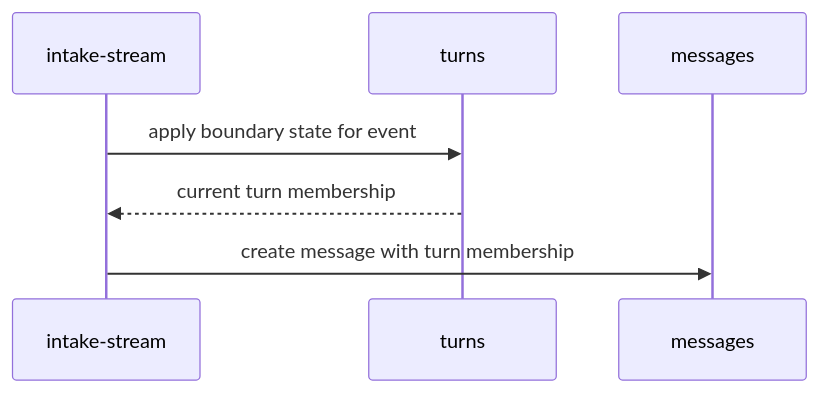
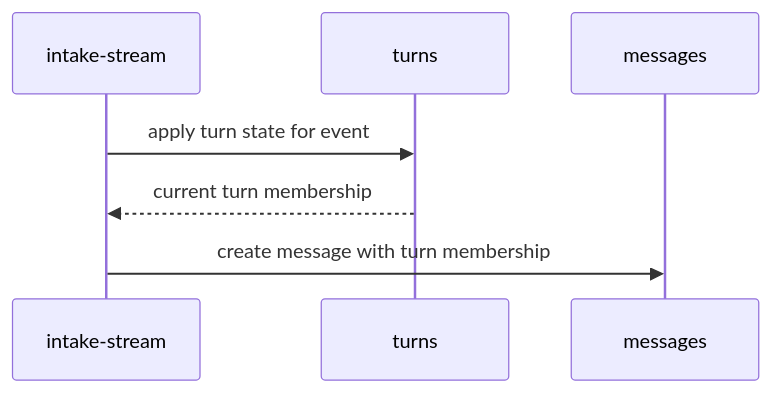
The seventh of 11 diagrams in docs/onboard/02-domain-design.md (liminal-ai/long-horizon-context), drawn with Mermaid before and after one commit. The commit also changed other lines of this file and 1 other file, not shown here.

````diff
--- a/docs/onboard/02-domain-design.md
+++ b/docs/onboard/02-domain-design.md
@@ -251,9 +257,9 @@
 ```mermaid
 sequenceDiagram
   participant I as intake-stream
   participant U as turns
   participant M as messages
-  I->>U: apply boundary state for event
+  I->>U: apply turn state for event
   U-->>I: current turn membership
   I->>M: create message with turn membership
 ```
````
